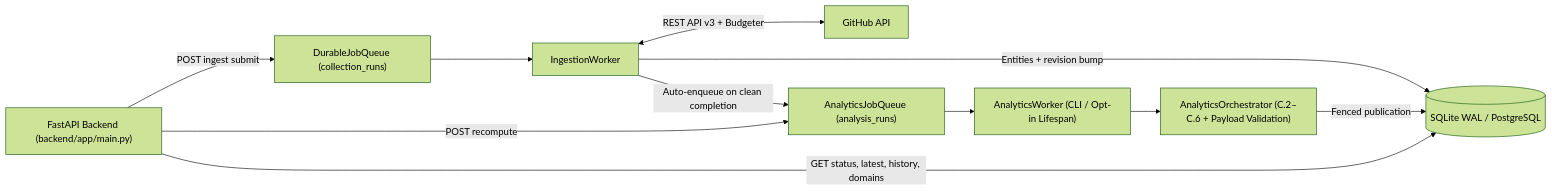
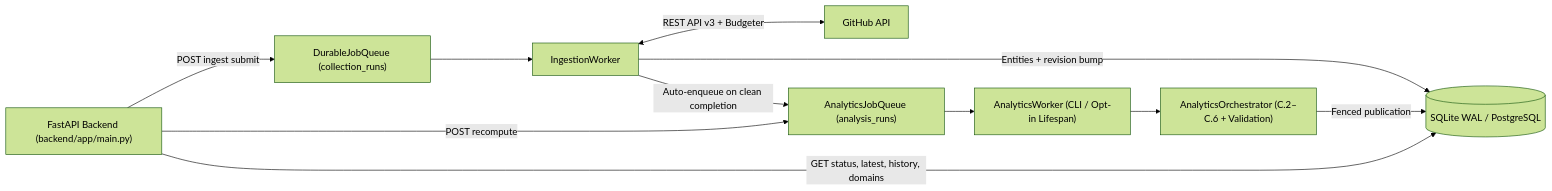
One commit to Arnav-0206/OpenSourceLens changed the diagram in README.md. Above: the diagram before and after it, drawn with Mermaid (forest theme). The commit also changed other lines of this file and 20 other files, not shown here.

````diff
--- a/README.md
+++ b/README.md
@@ -37,13 +67,13 @@
 ```mermaid
 flowchart LR
     API["FastAPI Backend (backend/app/main.py)"] -->|POST ingest submit| Q1["DurableJobQueue (collection_runs)"]
     Q1 --> W1["IngestionWorker"]
     W1 <-->|REST API v3 + Budgeter| GH["GitHub API"]
     W1 -->|Entities + revision bump| DB[(SQLite WAL / PostgreSQL)]
     W1 -->|Auto-enqueue on clean completion| Q2["AnalyticsJobQueue (analysis_runs)"]
     API -->|POST recompute| Q2
     Q2 --> W2["AnalyticsWorker (CLI / Opt-in Lifespan)"]
-    W2 --> Orch["AnalyticsOrchestrator (C.2–C.6 + Payload Validation)"]
+    W2 --> Orch["AnalyticsOrchestrator (C.2–C.6 + Validation)"]
     Orch -->|Fenced publication| DB
     API -->|GET status, latest, history, domains| DB
 ```
````
